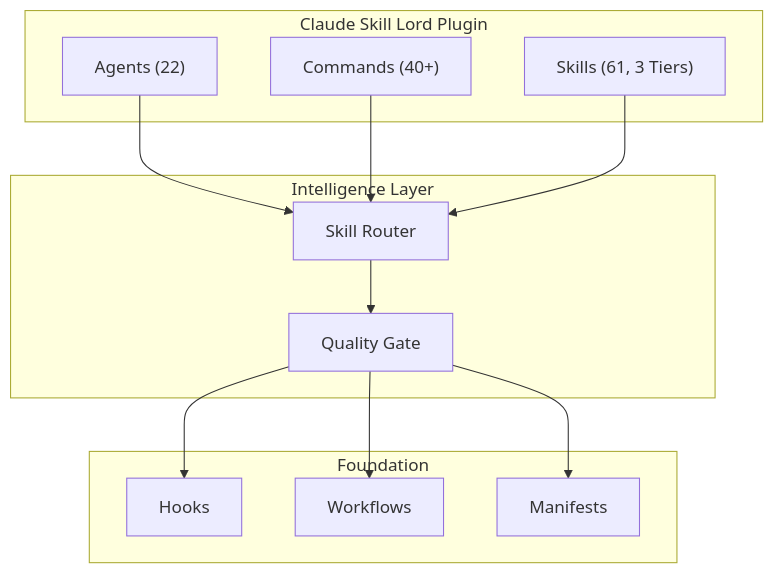
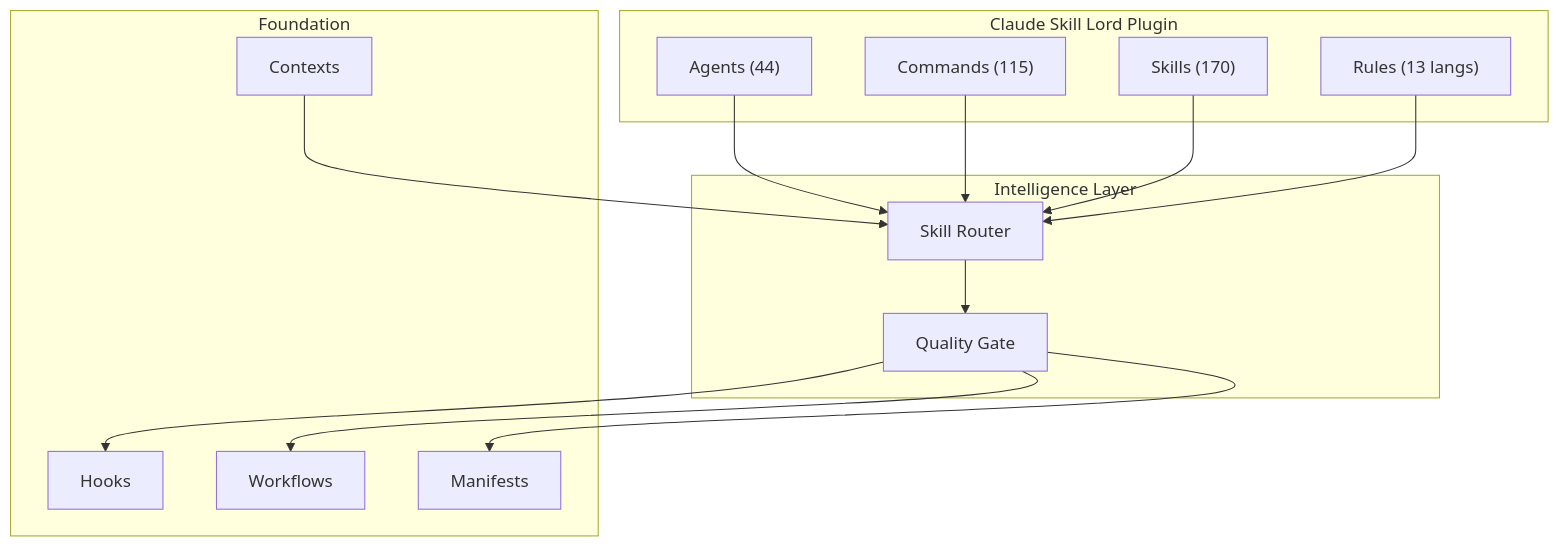
One commit to donganhvuphp/Claude-Skills-Lord changed the diagram in README.md. Above: the diagram before and after it, drawn with Mermaid. The commit also changed other lines of this file, not shown here.

Commit message:
docs: update README.md for v2.0.1 — 44 agents, 170 skills, 115 commands, 13 language rules

````diff
--- a/README.md
+++ b/README.md
@@ -85,27 +88,31 @@
 ```mermaid
 graph TD
     subgraph Plugin["Claude Skill Lord Plugin"]
-        A["Agents (22)"]
-        B["Commands (40+)"]
-        C["Skills (61, 3 Tiers)"]
+        A["Agents (44)"]
+        B["Commands (115)"]
+        C["Skills (170)"]
+        R["Rules (13 langs)"]
     end
 
     subgraph Intelligence["Intelligence Layer"]
         D["Skill Router"]
         E["Quality Gate"]
     end
 
     subgraph Infra["Foundation"]
         F["Hooks"]
         G["Workflows"]
         H["Manifests"]
+        CTX["Contexts"]
     end
 
     A --> D
     B --> D
     C --> D
+    R --> D
     D --> E
     E --> F
     E --> G
     E --> H
+    CTX --> D
 ```
````
